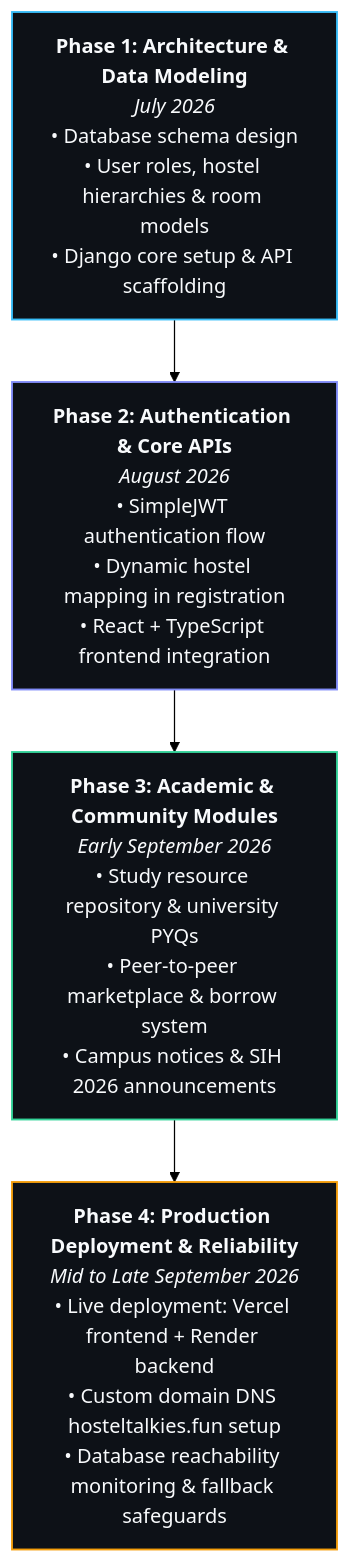
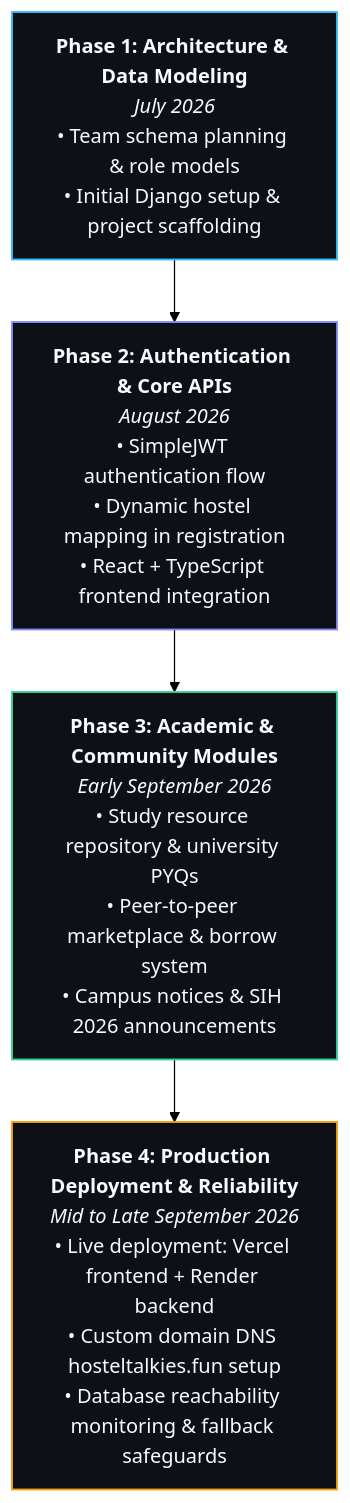
One commit to siddharth194thakur-gif/siddharth194thakur-gif changed the diagram in README.md. Above: the diagram before and after it, drawn with Mermaid (forest theme). The commit also changed other lines of this file and 1 other file, not shown here.

Commit message:
feat: concise and authentic profile highlighting Python, AI/ML exploration, and team-built HostelTalkies with AI assistance

````diff
--- a/README.md
+++ b/README.md
@@ -118,11 +104,11 @@
 ```mermaid
 flowchart TD
-    A["<b>Phase 1: Architecture & Data Modeling</b><br/><i>July 2026</i><br/>• Database schema design<br/>• User roles, hostel hierarchies & room models<br/>• Django core setup & API scaffolding"] --> B["<b>Phase 2: Authentication & Core APIs</b><br/><i>August 2026</i><br/>• SimpleJWT authentication flow<br/>• Dynamic hostel mapping in registration<br/>• React + TypeScript frontend integration"]
+    A["<b>Phase 1: Architecture & Data Modeling</b><br/><i>July 2026</i><br/>• Team schema planning & role models<br/>• Initial Django setup & project scaffolding"] --> B["<b>Phase 2: Authentication & Core APIs</b><br/><i>August 2026</i><br/>• SimpleJWT authentication flow<br/>• Dynamic hostel mapping in registration<br/>• React + TypeScript frontend integration"]
     B --> C["<b>Phase 3: Academic & Community Modules</b><br/><i>Early September 2026</i><br/>• Study resource repository & university PYQs<br/>• Peer-to-peer marketplace & borrow system<br/>• Campus notices & SIH 2026 announcements"]
     C --> D["<b>Phase 4: Production Deployment & Reliability</b><br/><i>Mid to Late September 2026</i><br/>• Live deployment: Vercel frontend + Render backend<br/>• Custom domain DNS hosteltalkies.fun setup<br/>• Database reachability monitoring & fallback safeguards"]
 
     style A fill:#0d1117,stroke:#38bdf8,stroke-width:1.5px,color:#f8fafc
     style B fill:#0d1117,stroke:#818cf8,stroke-width:1.5px,color:#f8fafc
     style C fill:#0d1117,stroke:#34d399,stroke-width:1.5px,color:#f8fafc
     style D fill:#0d1117,stroke:#f59e0b,stroke-width:1.5px,color:#f8fafc
 ```
````
